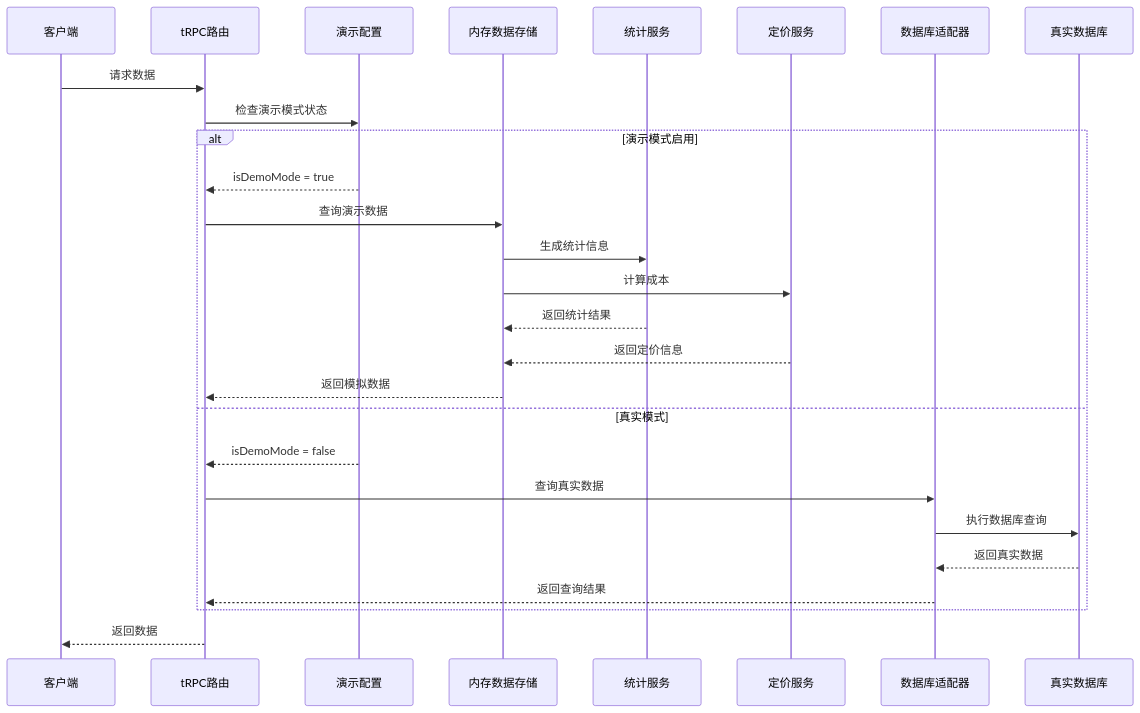
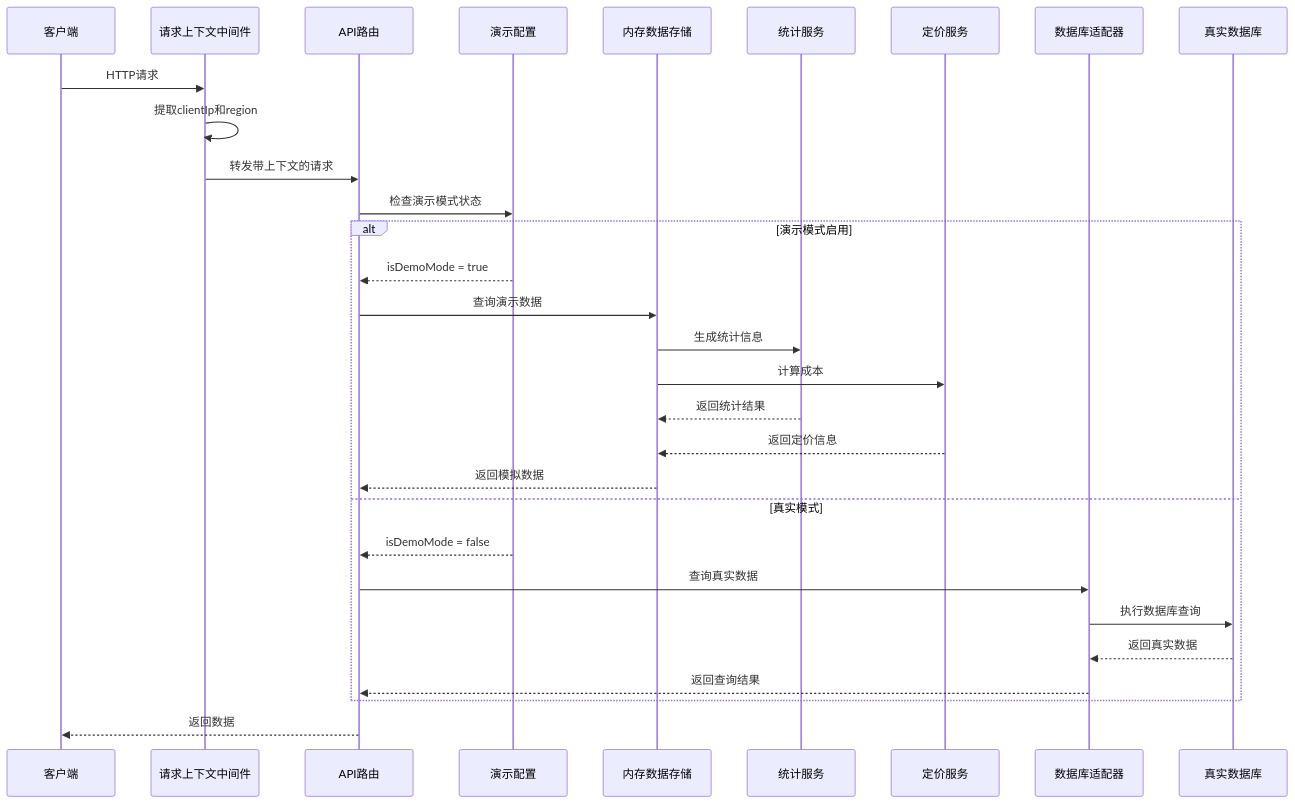
One commit to RadiumAg/AIGate changed the second of 12 diagrams in .qoder/repowiki/zh/content/核心功能/演示模式系统.md. Above: the diagram before and after it, drawn with Mermaid. The commit also changed other lines of this file and 7 other files, not shown here.

````diff
--- a/.qoder/repowiki/zh/content/核心功能/演示模式系统.md
+++ b/.qoder/repowiki/zh/content/核心功能/演示模式系统.md
@@ -172,29 +223,32 @@
 ```mermaid
 sequenceDiagram
 participant Client as 客户端
-participant Router as tRPC路由
+participant Middleware as 请求上下文中间件
+participant Router as API路由
 participant Config as 演示配置
 participant DataStore as 内存数据存储
 participant StatsService as 统计服务
 participant PricingService as 定价服务
 participant DBAdapter as 数据库适配器
 participant RealDB as 真实数据库
-Client->>Router : 请求数据
+Client->>Middleware : HTTP请求
+Middleware->>Middleware : 提取clientIp和region
+Middleware->>Router : 转发带上下文的请求
 Router->>Config : 检查演示模式状态
 alt 演示模式启用
 Config-->>Router : isDemoMode = true
 Router->>DataStore : 查询演示数据
 DataStore->>StatsService : 生成统计信息
 DataStore->>PricingService : 计算成本
 StatsService-->>DataStore : 返回统计结果
 PricingService-->>DataStore : 返回定价信息
 DataStore-->>Router : 返回模拟数据
 else 真实模式
 Config-->>Router : isDemoMode = false
 Router->>DBAdapter : 查询真实数据
 DBAdapter->>RealDB : 执行数据库查询
 RealDB-->>DBAdapter : 返回真实数据
 DBAdapter-->>Router : 返回查询结果
 end
 Router-->>Client : 返回数据
 ```
````
